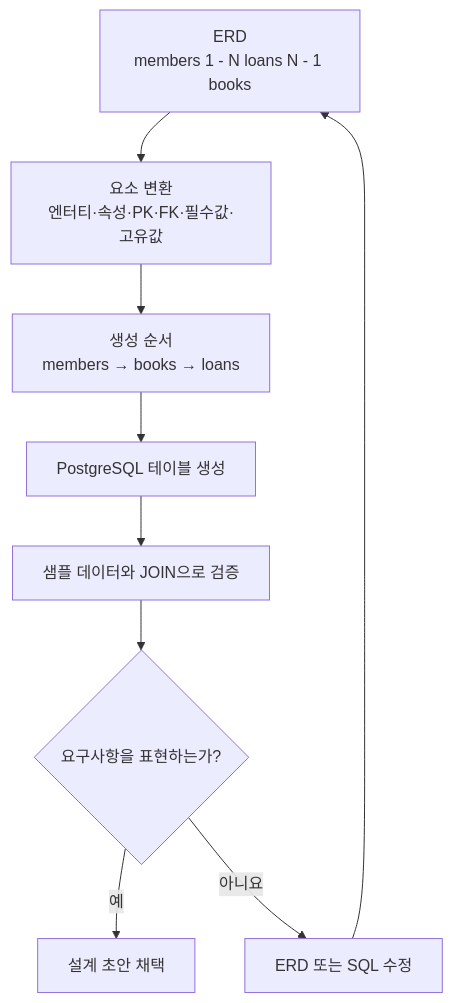
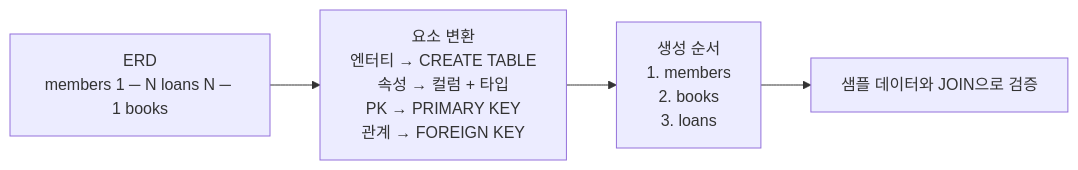
The diagram in images/chapter05/ch05_07_erd_to_sql_flow.mmd (GilbertMoon/ai-database-book), drawn with Mermaid before and after one commit.

Commit message:
Finalize Chapter 05 ERD to SQL Mermaid

```diff
--- a/images/chapter05/ch05_07_erd_to_sql_flow.mmd
+++ b/images/chapter05/ch05_07_erd_to_sql_flow.mmd
@@ -1,13 +1,6 @@
-flowchart TD
-    A[ERD<br/>members 1 - N loans N - 1 books]
-    B[요소 변환<br/>엔터티·속성·PK·FK·필수값·고유값]
-    C[생성 순서<br/>members → books → loans]
-    D[PostgreSQL 테이블 생성]
-    E[샘플 데이터와 JOIN으로 검증]
-    F{요구사항을 표현하는가?}
-    G[설계 초안 채택]
-    H[ERD 또는 SQL 수정]
-
-    A --> B --> C --> D --> E --> F
-    F -- 예 --> G
-    F -- 아니요 --> H --> A
+flowchart LR
+    A[ERD<br/>members 1 ─ N loans N ─ 1 books]
+    B[요소 변환<br/>엔터티 → CREATE TABLE<br/>속성 → 컬럼 + 타입<br/>PK → PRIMARY KEY<br/>관계 → FOREIGN KEY]
+    C[생성 순서<br/>1. members<br/>2. books<br/>3. loans]
+    D[샘플 데이터와 JOIN으로 검증]
+    A --> B --> C --> D
```
